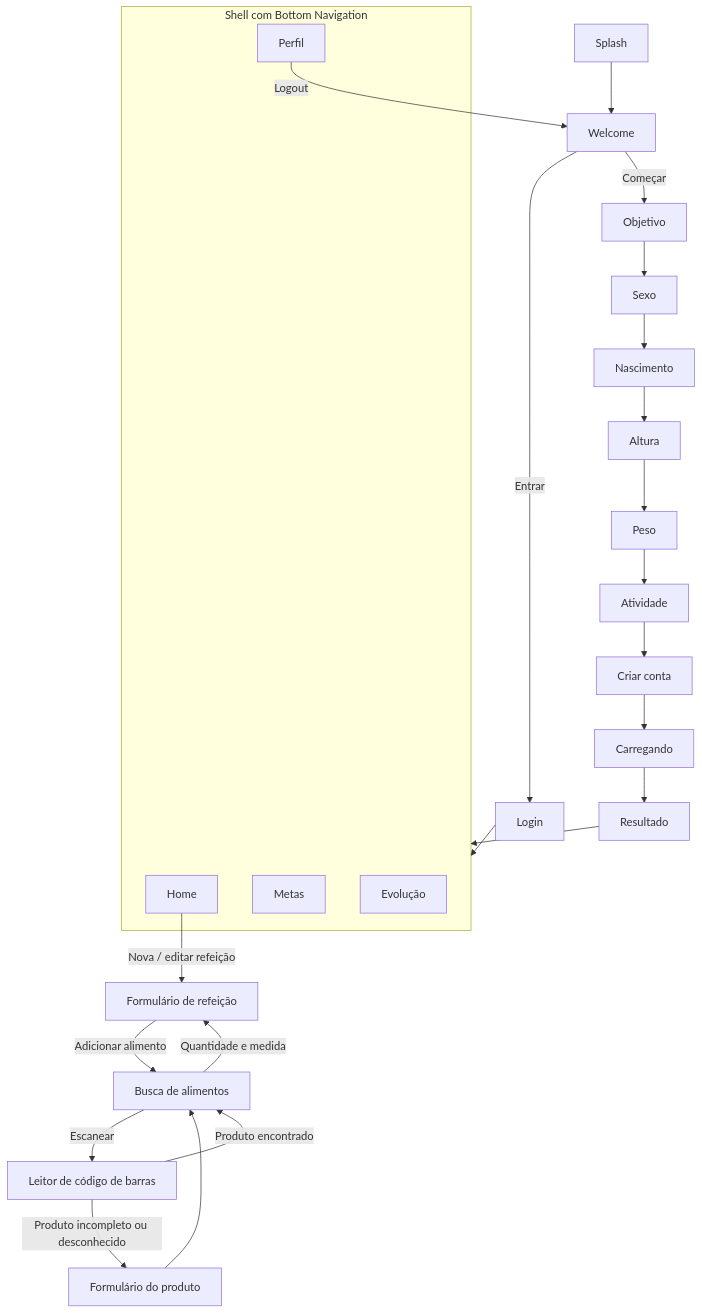
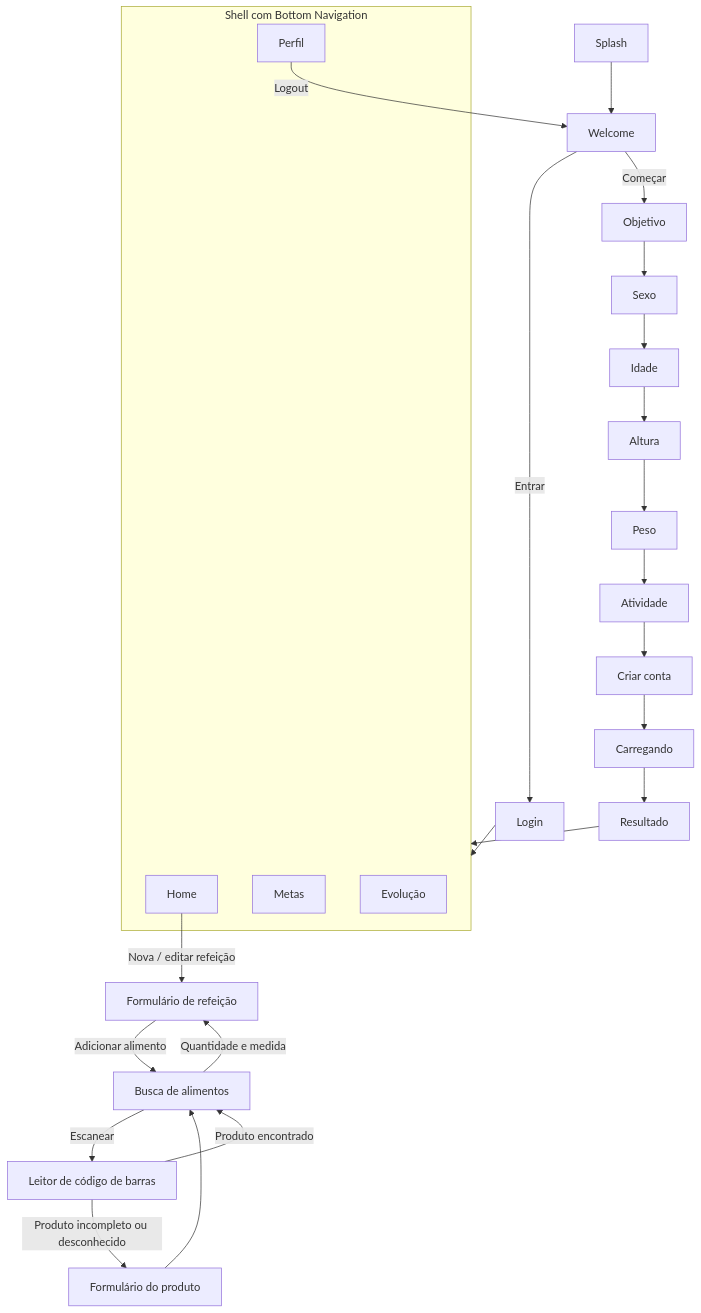
The diagram in README.md (Gabrielvsiqueira/Oz_food_diary), drawn with Mermaid before and after one commit. The commit also changed other lines of this file and 1 other file, not shown here.

Commit message:
docs: document wheel pickers and estimated birth date

````diff
--- a/README.md
+++ b/README.md
@@ -221,25 +222,25 @@
 ```mermaid
 flowchart TD
     Splash --> Welcome
     Welcome -->|Entrar| Login
     Welcome -->|Começar| Goal[Objetivo]
-    Goal --> Gender[Sexo] --> Birth[Nascimento] --> Height[Altura]
+    Goal --> Gender[Sexo] --> Age[Idade] --> Height[Altura]
     Height --> Weight[Peso] --> Activity[Atividade] --> Account[Criar conta]
     Account --> Loading[Carregando] --> Result[Resultado]
     Login --> Main
     Result --> Main
     subgraph Main[Shell com Bottom Navigation]
         Home
         Metas
         Evolução
         Perfil
     end
     Home -->|Nova / editar refeição| MealForm[Formulário de refeição]
     MealForm -->|Adicionar alimento| FoodSearch[Busca de alimentos]
     FoodSearch -->|Quantidade e medida| MealForm
     FoodSearch -->|Escanear| Scanner[Leitor de código de barras]
     Scanner -->|Produto incompleto ou desconhecido| ProductForm[Formulário do produto]
     Scanner -->|Produto encontrado| FoodSearch
     ProductForm --> FoodSearch
     Perfil -->|Logout| Welcome
 ```
````
